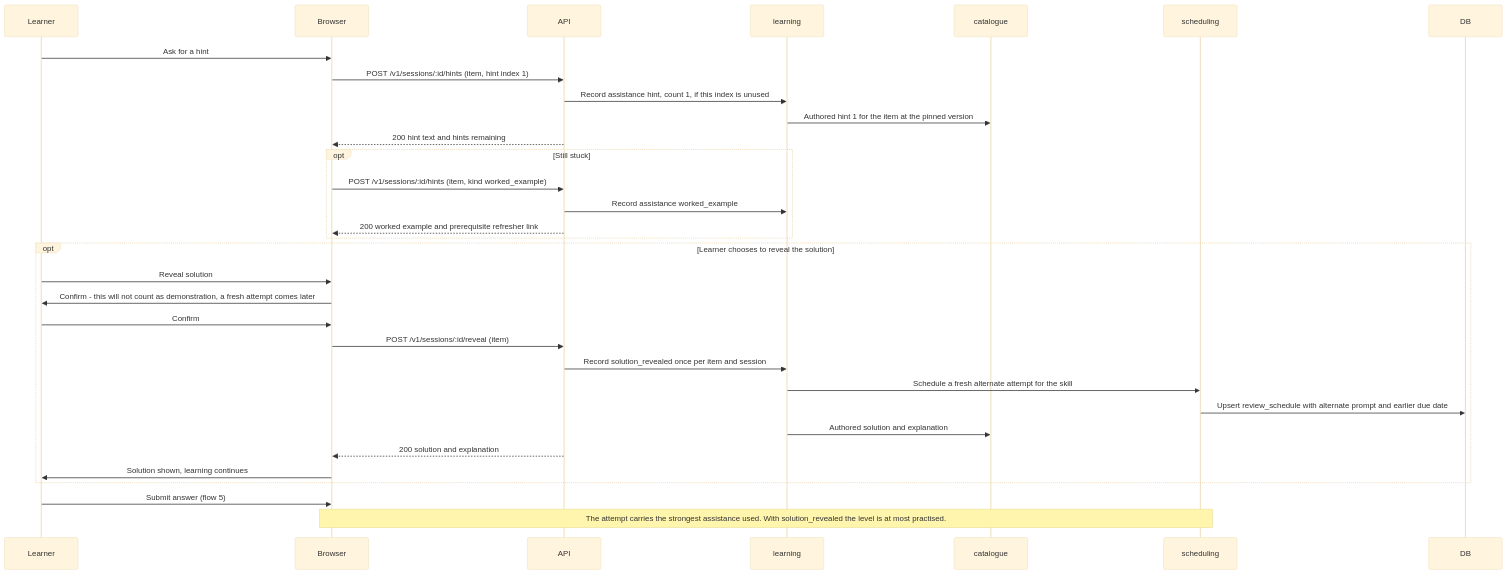
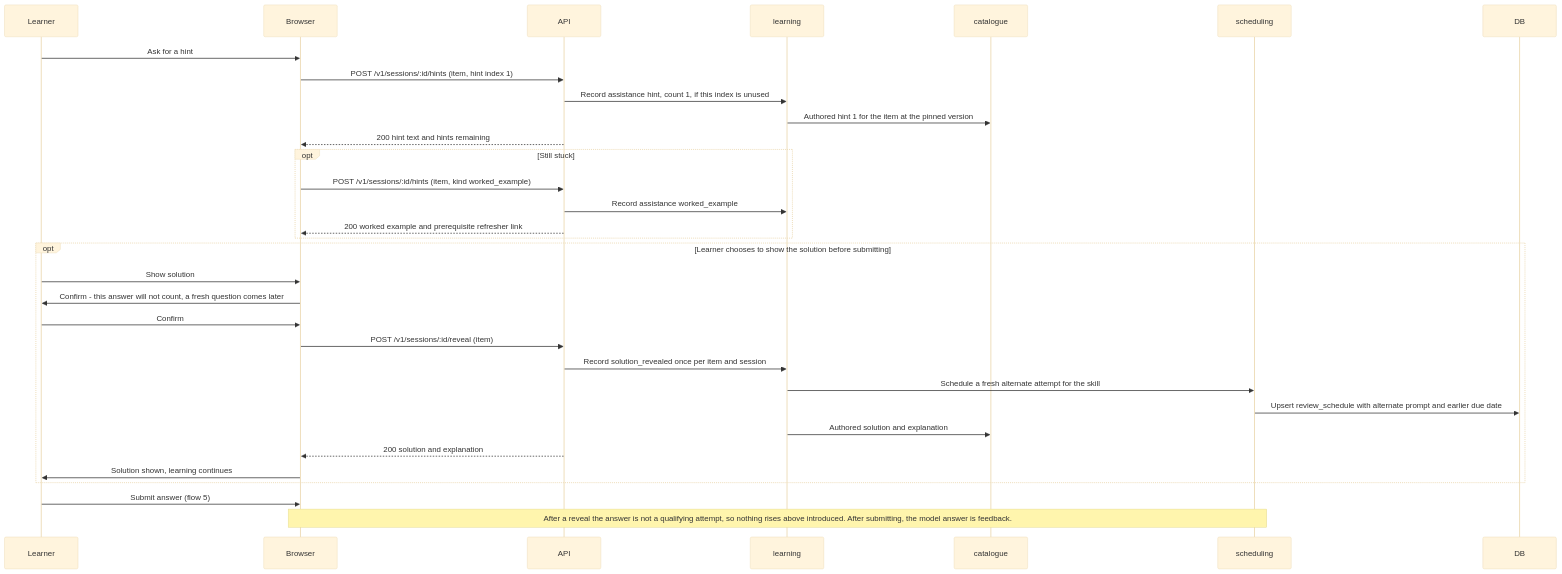
The ninth of 19 diagrams in devstep/docs/03-key-flows.md (GhanshyamSoni68/app_idea), drawn with Mermaid (base theme) before and after one commit. The commit also changed other lines of this file and 8 other files, not shown here.

````diff
--- a/devstep/docs/03-key-flows.md
+++ b/devstep/docs/03-key-flows.md
@@ -541,34 +555,34 @@
 ```mermaid
 sequenceDiagram
     participant L as Learner
     participant B as Browser
     participant API
     participant LRN as learning
     participant CAT as catalogue
     participant SCH as scheduling
     participant DB
     L->>B: Ask for a hint
     B->>API: POST /v1/sessions/:id/hints (item, hint index 1)
     API->>LRN: Record assistance hint, count 1, if this index is unused
     LRN->>CAT: Authored hint 1 for the item at the pinned version
     API-->>B: 200 hint text and hints remaining
     opt Still stuck
         B->>API: POST /v1/sessions/:id/hints (item, kind worked_example)
         API->>LRN: Record assistance worked_example
         API-->>B: 200 worked example and prerequisite refresher link
     end
-    opt Learner chooses to reveal the solution
-        L->>B: Reveal solution
-        B->>L: Confirm - this will not count as demonstration, a fresh attempt comes later
+    opt Learner chooses to show the solution before submitting
+        L->>B: Show solution
+        B->>L: Confirm - this answer will not count, a fresh question comes later
         L->>B: Confirm
         B->>API: POST /v1/sessions/:id/reveal (item)
         API->>LRN: Record solution_revealed once per item and session
         LRN->>SCH: Schedule a fresh alternate attempt for the skill
         SCH->>DB: Upsert review_schedule with alternate prompt and earlier due date
         LRN->>CAT: Authored solution and explanation
         API-->>B: 200 solution and explanation
         B->>L: Solution shown, learning continues
     end
     L->>B: Submit answer (flow 5)
-    Note over B,SCH: The attempt carries the strongest assistance used. With solution_revealed the level is at most practised.
+    Note over B,SCH: After a reveal the answer is not a qualifying attempt, so nothing rises above introduced. After submitting, the model answer is feedback.
 ```
````
